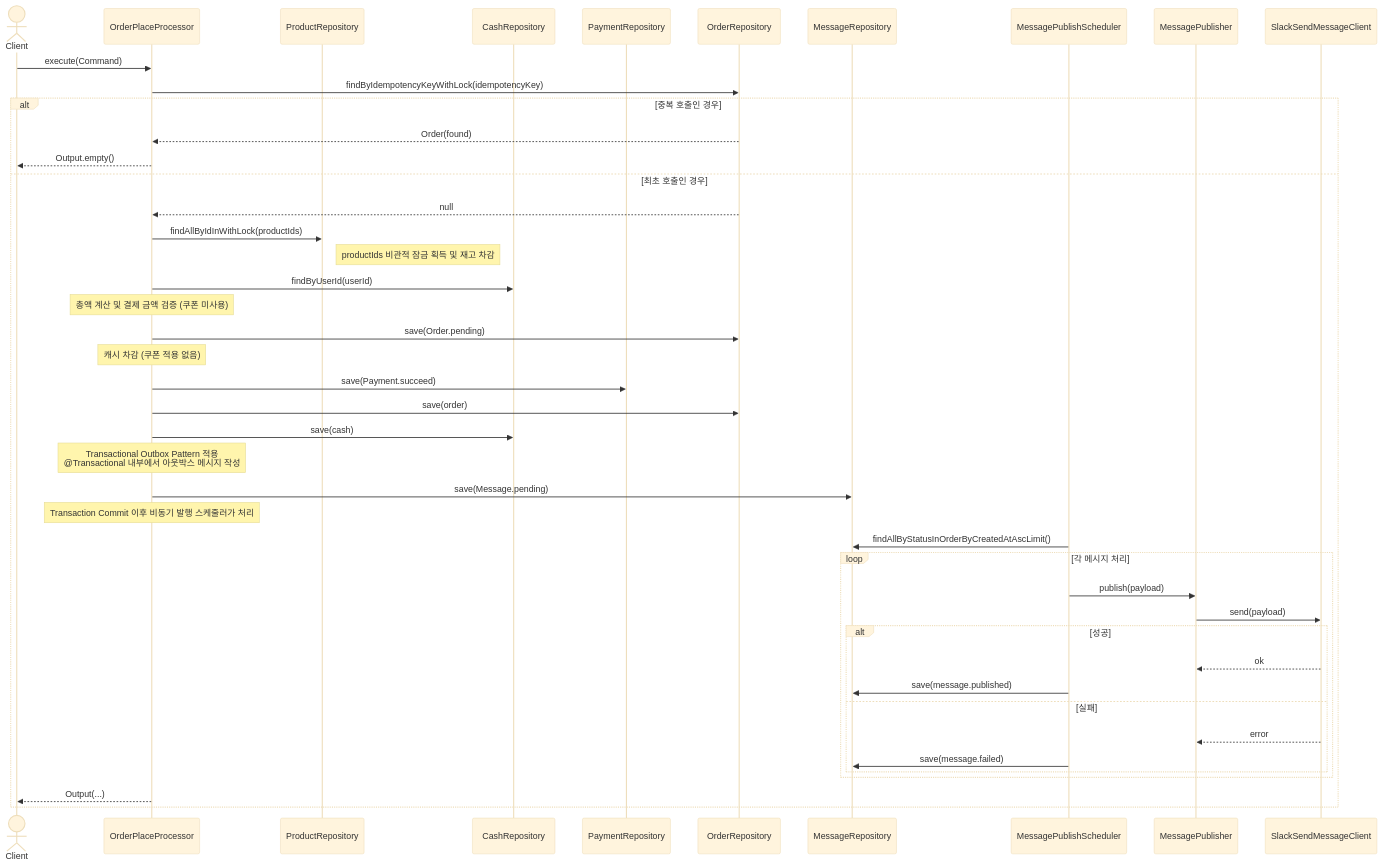
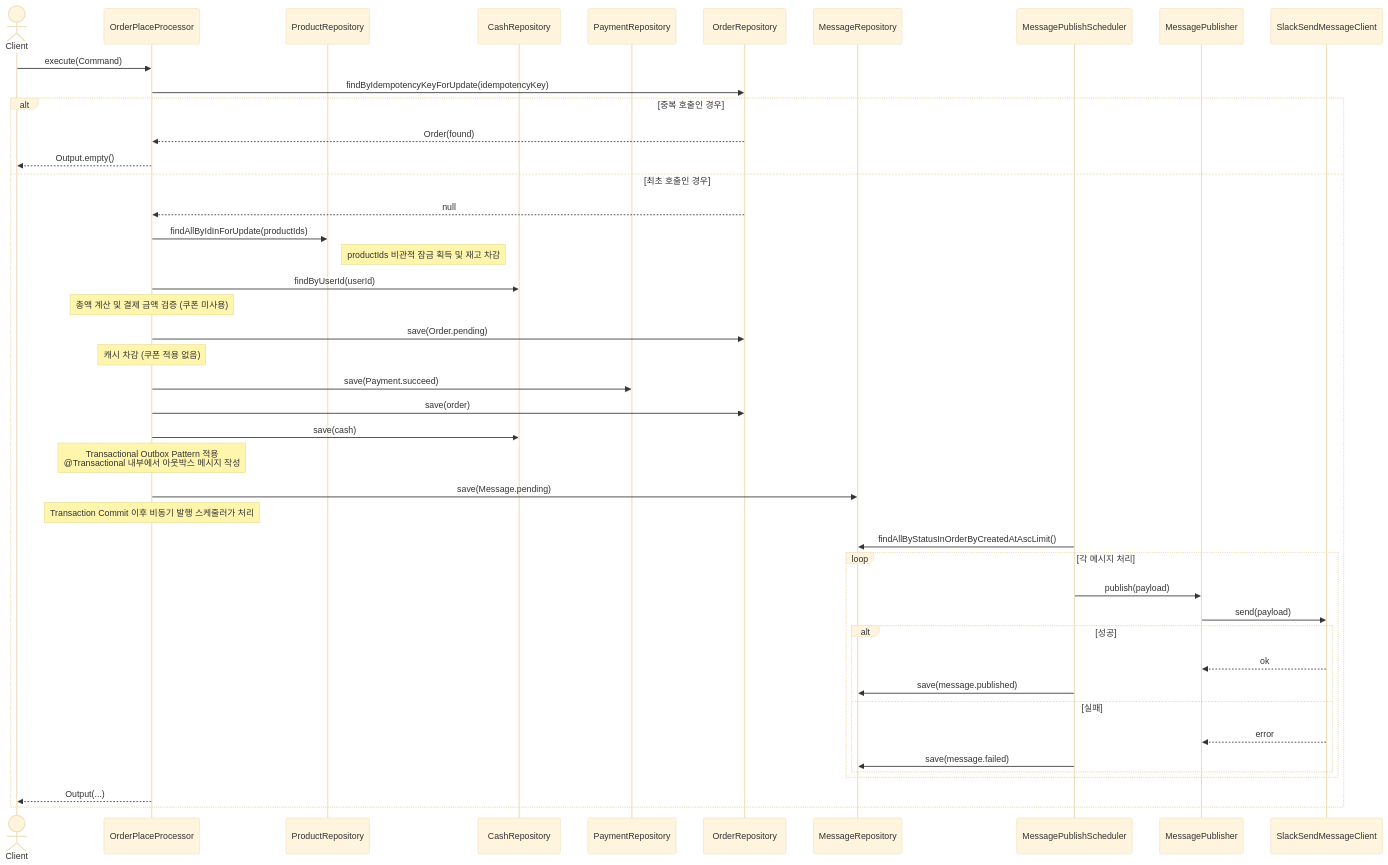
One commit to jongwanra/commerce changed the third of 3 diagrams in docs/sequence_diagram.md. Above: the diagram before and after it, drawn with Mermaid (base theme). The commit also changed other lines of this file and 14 other files, not shown here.

````diff
--- a/docs/sequence_diagram.md
+++ b/docs/sequence_diagram.md
@@ -95,46 +95,46 @@
 ```mermaid
 sequenceDiagram
     actor Client
     participant Processor as OrderPlaceProcessor
     participant ProductRepo as ProductRepository
     participant CashRepo as CashRepository
     participant PaymentRepo as PaymentRepository
     participant OrderRepo as OrderRepository
     participant MessageRepo as MessageRepository
     participant Scheduler as MessagePublishScheduler
     participant ExtPublisher as MessagePublisher
     participant Slack as SlackSendMessageClient
     Client ->> Processor: execute(Command)
-    Processor ->> OrderRepo: findByIdempotencyKeyWithLock(idempotencyKey)
+    Processor ->> OrderRepo: findByIdempotencyKeyForUpdate(idempotencyKey)
     alt 중복 호출인 경우
         OrderRepo -->> Processor: Order(found)
         Processor -->> Client: Output.empty()
     else 최초 호출인 경우
         OrderRepo -->> Processor: null
-        Processor ->> ProductRepo: findAllByIdInWithLock(productIds)
+        Processor ->> ProductRepo: findAllByIdInForUpdate(productIds)
         Note right of ProductRepo: productIds 비관적 잠금 획득 및 재고 차감
         Processor ->> CashRepo: findByUserId(userId)
         Note over Processor: 총액 계산 및 결제 금액 검증 (쿠폰 미사용)
         Processor ->> OrderRepo: save(Order.pending)
         Note over Processor: 캐시 차감 (쿠폰 적용 없음)
         Processor ->> PaymentRepo: save(Payment.succeed)
         Processor ->> OrderRepo: save(order)
         Processor ->> CashRepo: save(cash)
         Note over Processor: Transactional Outbox Pattern 적용<br/>@Transactional 내부에서 아웃박스 메시지 작성
         Processor ->> MessageRepo: save(Message.pending)
         Note over Processor: Transaction Commit 이후 비동기 발행 스케줄러가 처리
         Scheduler ->> MessageRepo: findAllByStatusInOrderByCreatedAtAscLimit()
         loop 각 메시지 처리
             Scheduler ->> ExtPublisher: publish(payload)
             ExtPublisher ->> Slack: send(payload)
             alt 성공
                 Slack -->> ExtPublisher: ok
                 Scheduler ->> MessageRepo: save(message.published)
             else 실패
                 Slack -->> ExtPublisher: error
                 Scheduler ->> MessageRepo: save(message.failed)
             end
         end
         Processor -->> Client: Output(...)
     end
 ```
````
